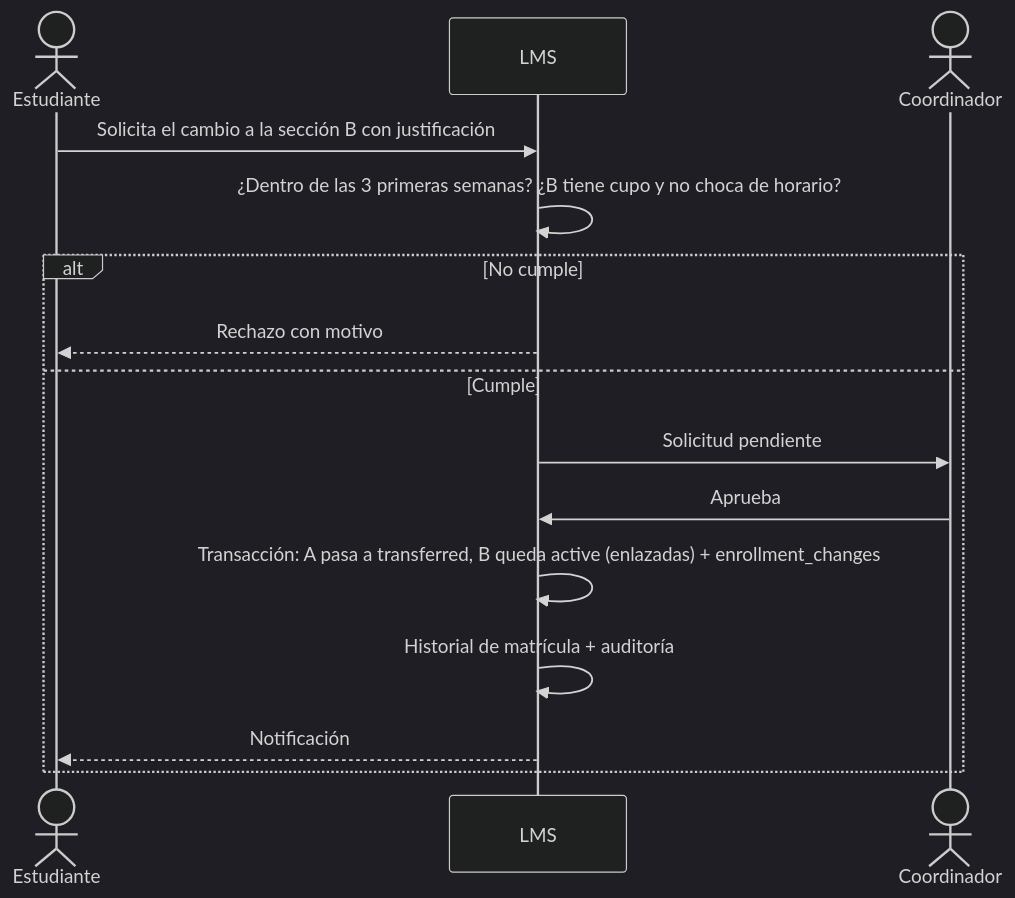
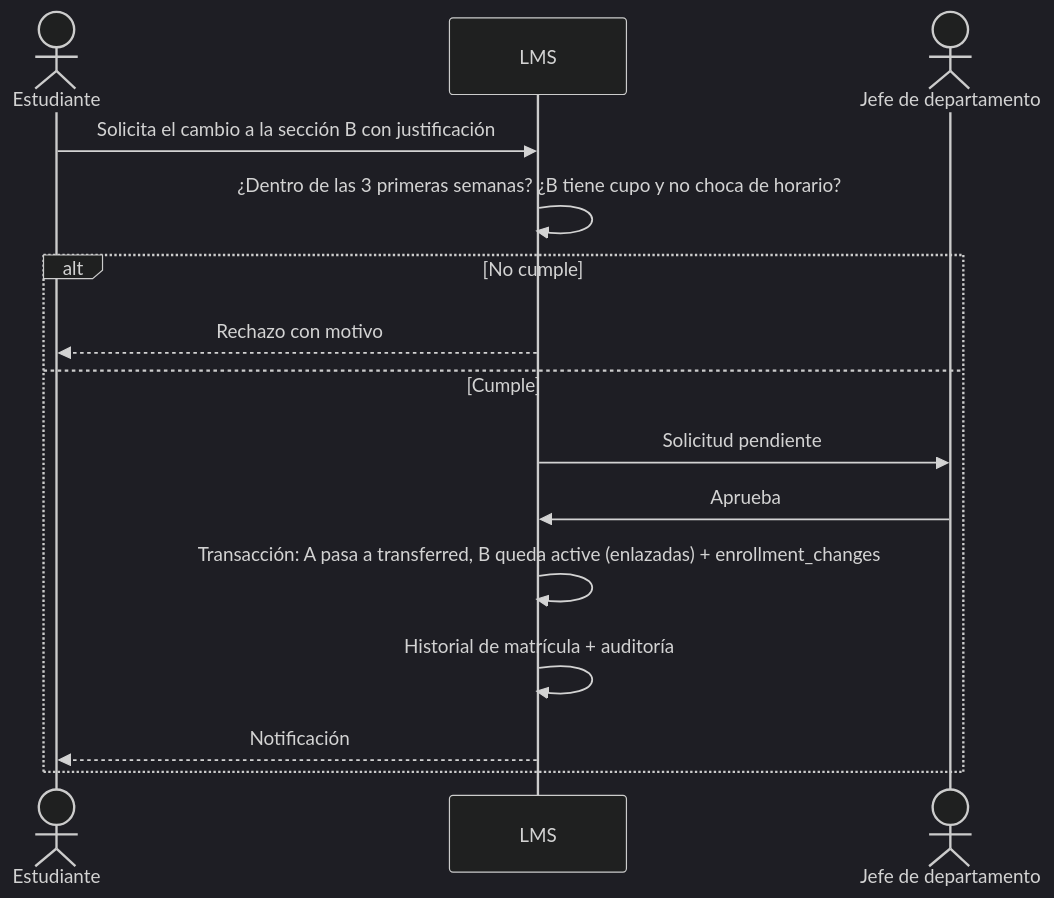
One commit to evervc-dev/lms-ues-fmo changed the second of 2 diagrams in docs/08 Flujos/Flujo Matrícula y cambio de grupo.md. Above: the diagram before and after it, drawn with Mermaid (dark theme). The commit also changed other lines of this file and 10 other files, not shown here.

````diff
--- a/docs/08 Flujos/Flujo Matrícula y cambio de grupo.md
+++ b/docs/08 Flujos/Flujo Matrícula y cambio de grupo.md
@@ -45,17 +45,17 @@
 ```mermaid
 sequenceDiagram
   actor E as Estudiante
   participant L as LMS
-  actor C as Coordinador
+  actor C as Jefe de departamento
   E->>L: Solicita el cambio a la sección B con justificación
   L->>L: ¿Dentro de las 3 primeras semanas? ¿B tiene cupo y no choca de horario?
   alt No cumple
     L-->>E: Rechazo con motivo
   else Cumple
     L->>C: Solicitud pendiente
     C->>L: Aprueba
     L->>L: Transacción: A pasa a transferred, B queda active (enlazadas) + enrollment_changes
     L->>L: Historial de matrícula + auditoría
     L-->>E: Notificación
   end
 ```
````
